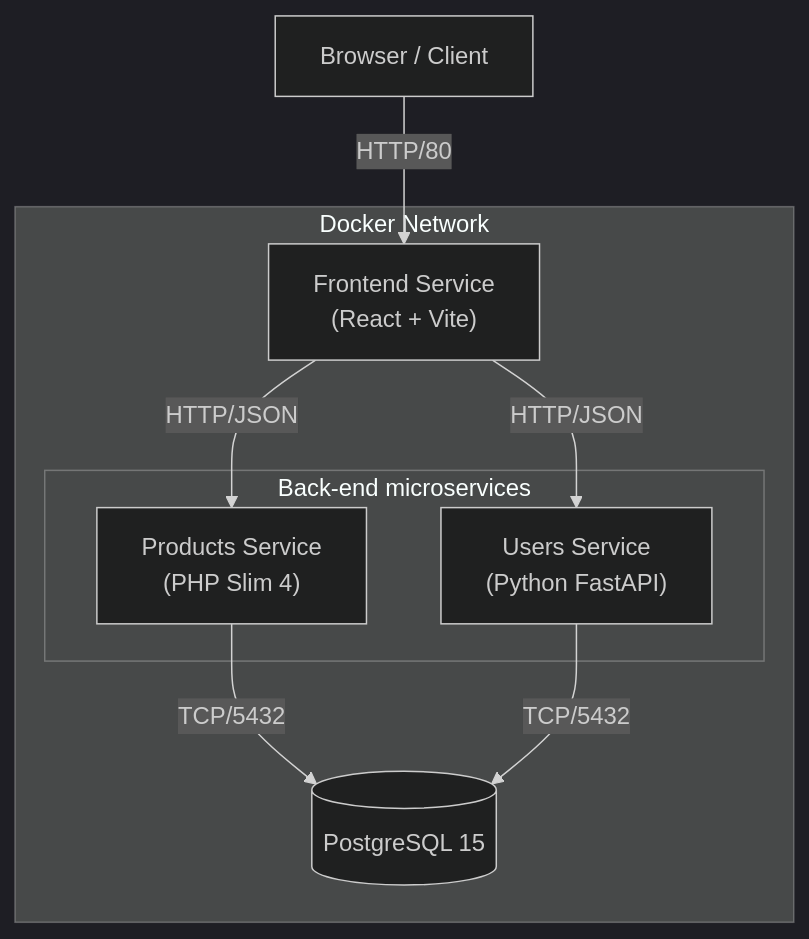
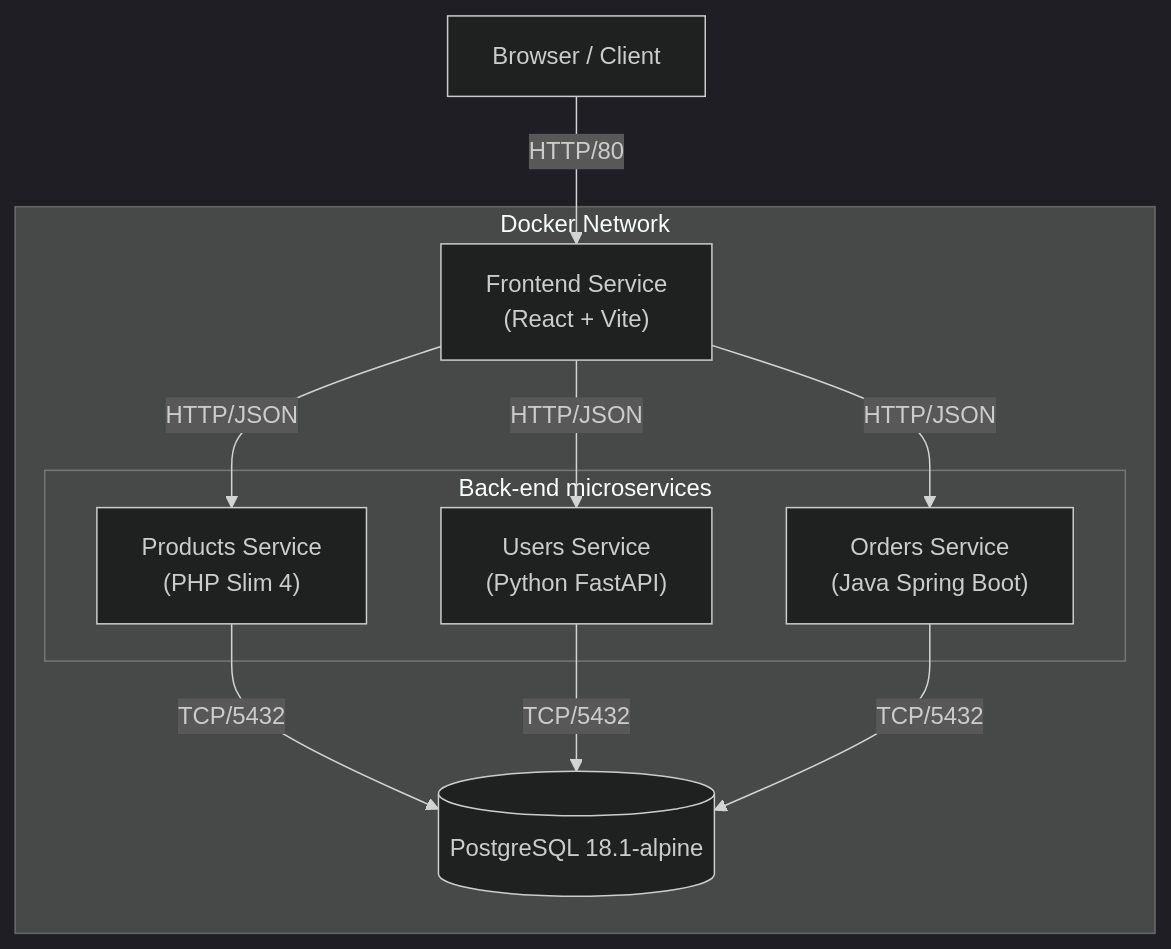
One commit to mleitass/sdk-template-project changed the diagram in ARCHITECTURE.md. Above: the diagram before and after it, drawn with Mermaid (dark theme). The commit also changed other lines of this file and 19 other files, not shown here.

Commit message:
Added Spring Boot Orders service placeholder.

````diff
--- a/ARCHITECTURE.md
+++ b/ARCHITECTURE.md
@@ -9,21 +9,24 @@
 ```mermaid
 graph TD
     Client[Browser / Client]
     
     subgraph Docker Network
         Frontend["Frontend Service<br/>(React + Vite)"]
         
         subgraph BackendServices [Back-end microservices]
             Products["Products Service<br/>(PHP Slim 4)"]
             Users["Users Service<br/>(Python FastAPI)"]
+            Orders["Orders Service<br/>(Java Spring Boot)"]
         end
         
-        DB[(PostgreSQL 15)]
+        DB[(PostgreSQL 18.1-alpine)]
     end
 
     Client -- HTTP/80 --> Frontend
     Frontend -- HTTP/JSON --> Products
     Frontend -- HTTP/JSON --> Users
+    Frontend -- HTTP/JSON --> Orders
     Products -- TCP/5432 --> DB
     Users -- TCP/5432 --> DB
+    Orders -- TCP/5432 --> DB
 ```
````
